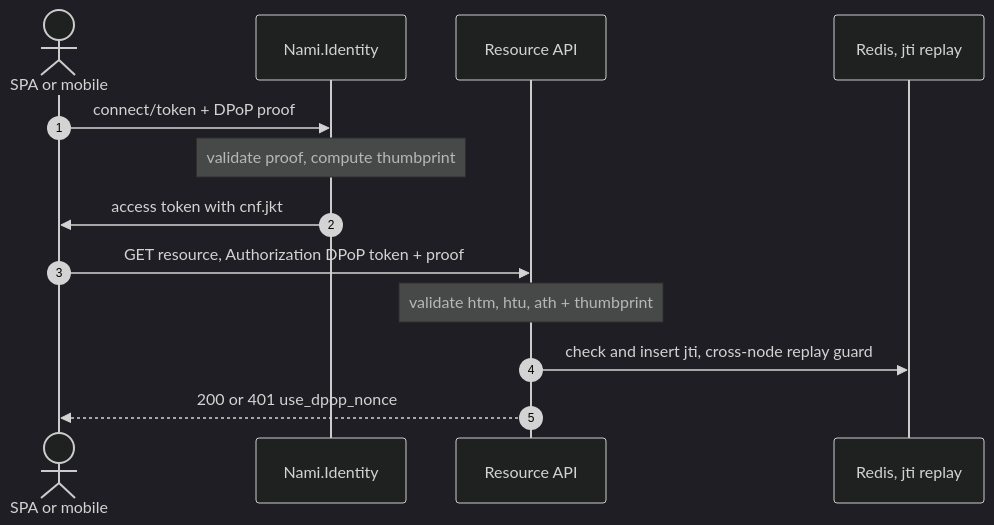
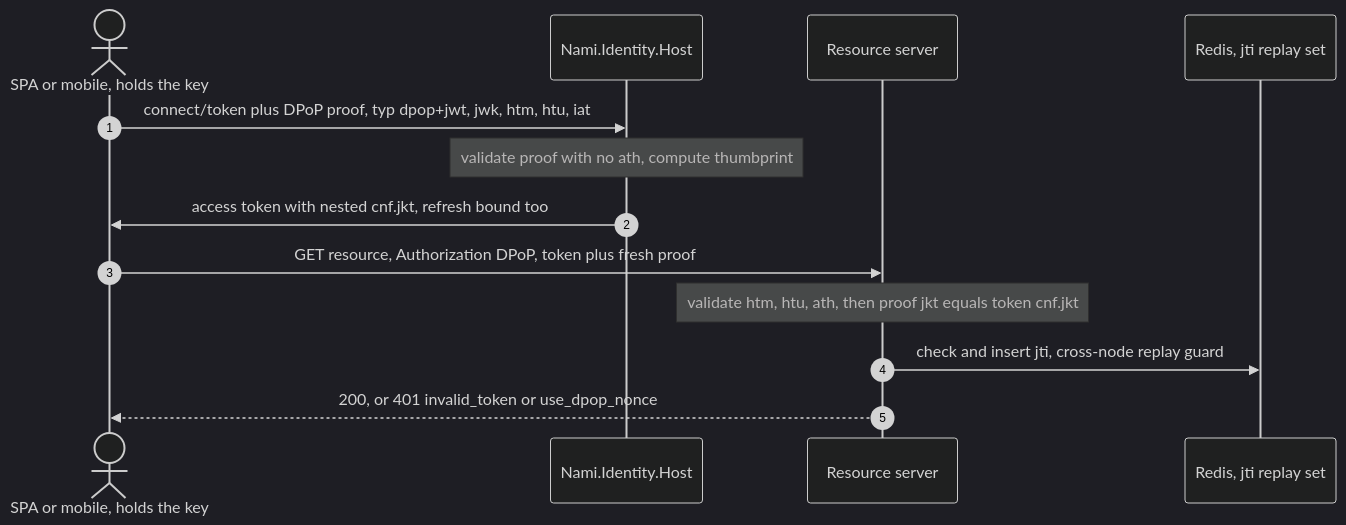
One commit to namphuongtran/nami changed the fifth of 16 diagrams in docs/architecture/06-runtime-views.md. Above: the diagram before and after it, drawn with Mermaid (dark theme). The commit also changed other lines of this file and 2 other files, not shown here.

````diff
--- a/docs/architecture/06-runtime-views.md
+++ b/docs/architecture/06-runtime-views.md
@@ -114,15 +235,15 @@
 ```mermaid
 sequenceDiagram
   autonumber
-  actor S as SPA or mobile
-  participant IDP as Nami.Identity
-  participant API as Resource API
-  participant R as Redis, jti replay
-  S->>IDP: connect/token + DPoP proof
-  Note over IDP: validate proof, compute thumbprint
-  IDP->>S: access token with cnf.jkt
-  S->>API: GET resource, Authorization DPoP token + proof
-  Note over API: validate htm, htu, ath + thumbprint
+  actor S as SPA or mobile, holds the key
+  participant IDP as Nami.Identity.Host
+  participant API as Resource server
+  participant R as Redis, jti replay set
+  S->>IDP: connect/token plus DPoP proof, typ dpop+jwt, jwk, htm, htu, iat
+  Note over IDP: validate proof with no ath, compute thumbprint
+  IDP->>S: access token with nested cnf.jkt, refresh bound too
+  S->>API: GET resource, Authorization DPoP, token plus fresh proof
+  Note over API: validate htm, htu, ath, then proof jkt equals token cnf.jkt
   API->>R: check and insert jti, cross-node replay guard
-  API-->>S: 200 or 401 use_dpop_nonce
+  API-->>S: 200, or 401 invalid_token or use_dpop_nonce
 ```
````
